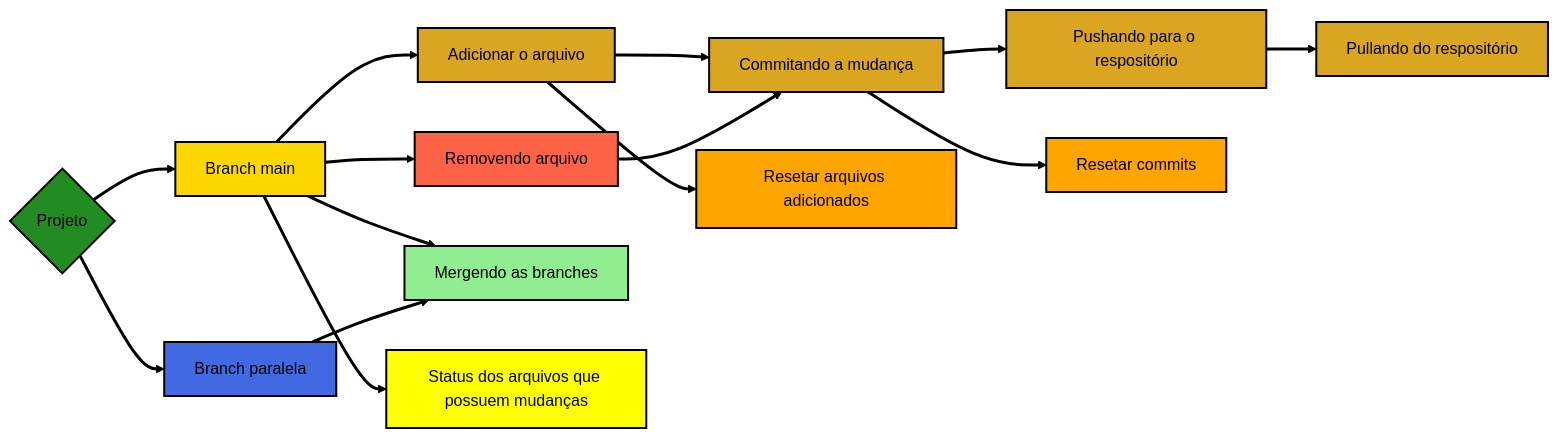
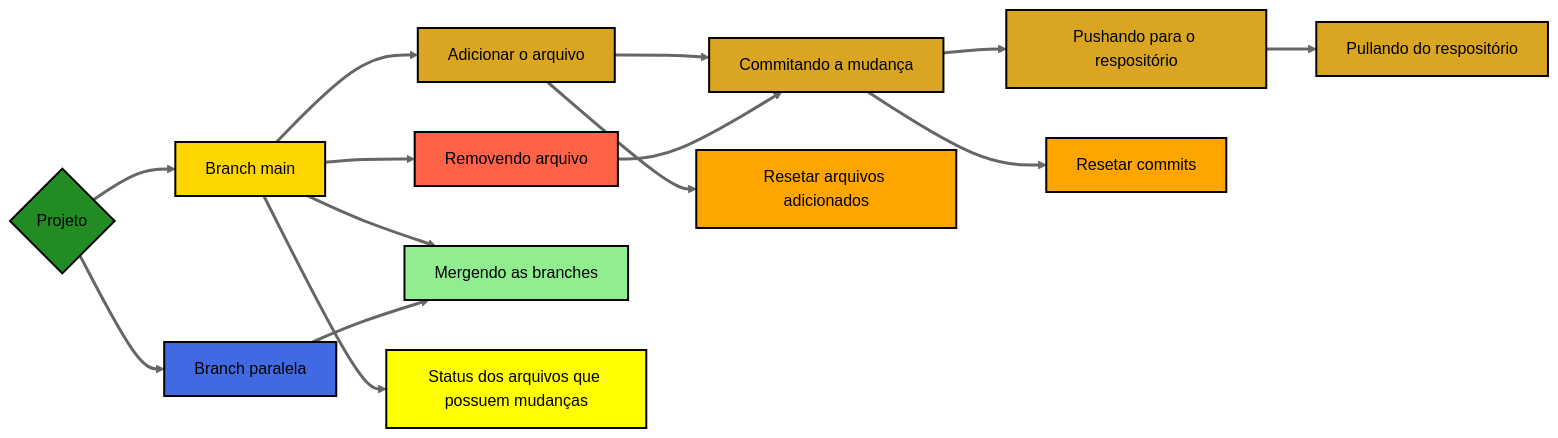
Before and after one commit to Edbbioeco/conectar_github_rstudio: the diagram in README.md, drawn with Mermaid (neutral theme).

````diff
--- a/README.md
+++ b/README.md
@@ -29,29 +29,29 @@
 ``` mermaid
 flowchart LR
   A{Projeto} --> B[Branch main] 
   A --> C[Branch paralela]
   B --> D[Adicionar o arquivo]
   D --> E[Commitando a mudança]
   E --> F[Pushando para o respositório]
   F --> G[Pullando do respositório]
   H[Removendo arquivo] --> E
   D --> I[Resetar arquivos adicionados]
   E --> J[Resetar commits]
   B --> H
   B --> K[Mergendo as branches]
   C --> K[Mergendo as branches]
   B --> L[Status dos arquivos que possuem mudanças]
   style A fill:forestgreen, color:black, stroke:black, stroke-width:2px
   style B fill:gold, color:black, stroke:black, stroke-width:2px
   style C fill:royalblue, color:black, stroke:black, stroke-width:2px
   style D fill:goldenrod, color:black, stroke:black, stroke-width:2px
   style E fill:goldenrod, color:black, stroke:black, stroke-width:2px
   style F fill:goldenrod, color:black, stroke:black, stroke-width:2px
   style G fill:goldenrod, color:black, stroke:black, stroke-width:2px
   style H fill:tomato, color:black, stroke:black, stroke-width:2px
   style I fill:orange, color:black, stroke:black, stroke-width:2px
   style J fill:orange, color:black, stroke:black, stroke-width:2px
   style K fill:lightgreen, color:black, stroke:black, stroke-width:2px
   style L fill:yellow, color:black, stroke:black, stroke-width:2px
-  linkStyle default stroke-width:3px,stroke:black
+  linkStyle default stroke-width:3px
 ```
````
